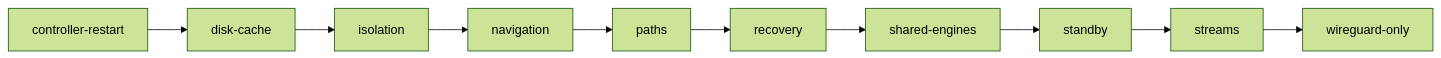
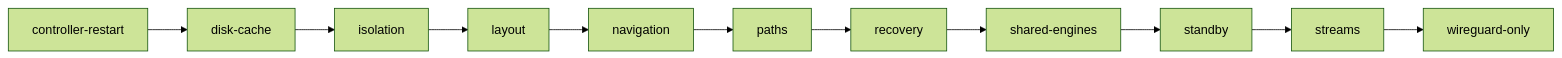
One commit to sergimn/AceSwarm changed the sixth of 15 diagrams in e2e/README.md. Above: the diagram before and after it, drawn with Mermaid (forest theme). The commit also changed other lines of this file and 58 other files, not shown here.

````diff
--- a/e2e/README.md
+++ b/e2e/README.md
@@ -186,4 +188,4 @@
 ```mermaid
 flowchart LR
-  CR[controller-restart] --> DC[disk-cache] --> I[isolation] --> N[navigation] --> P[paths] --> R[recovery] --> SE[shared-engines] --> SB[standby] --> S[streams] --> W[wireguard-only]
+  CR[controller-restart] --> DC[disk-cache] --> I[isolation] --> L[layout] --> N[navigation] --> P[paths] --> R[recovery] --> SE[shared-engines] --> SB[standby] --> S[streams] --> W[wireguard-only]
 ```
````
